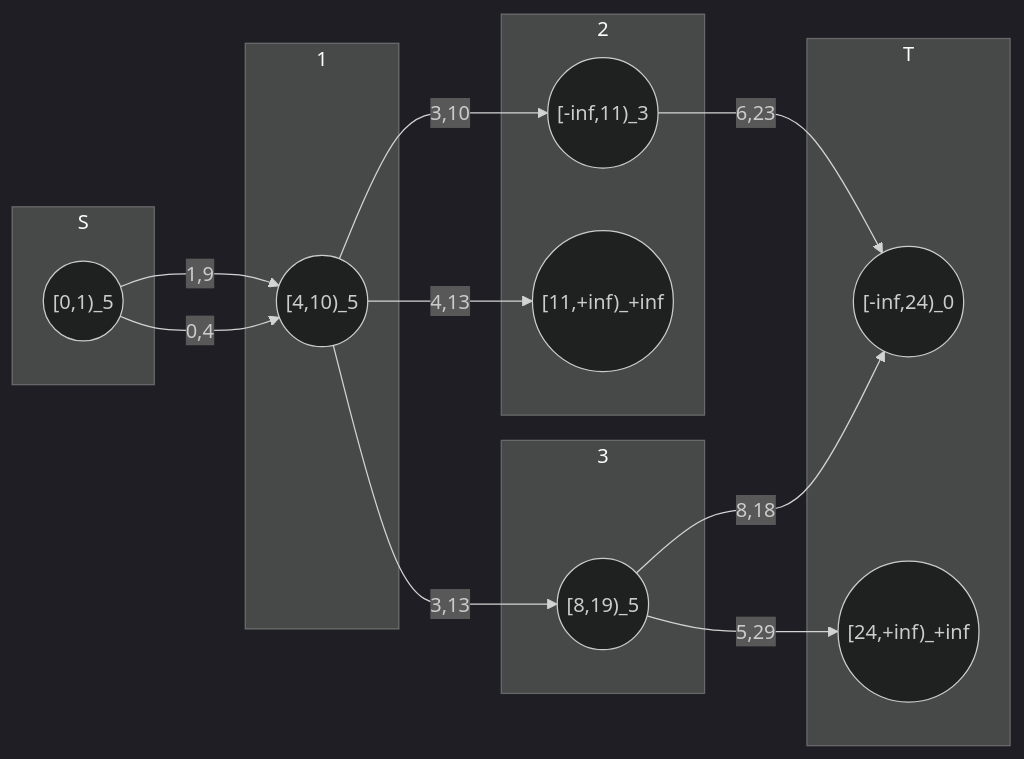
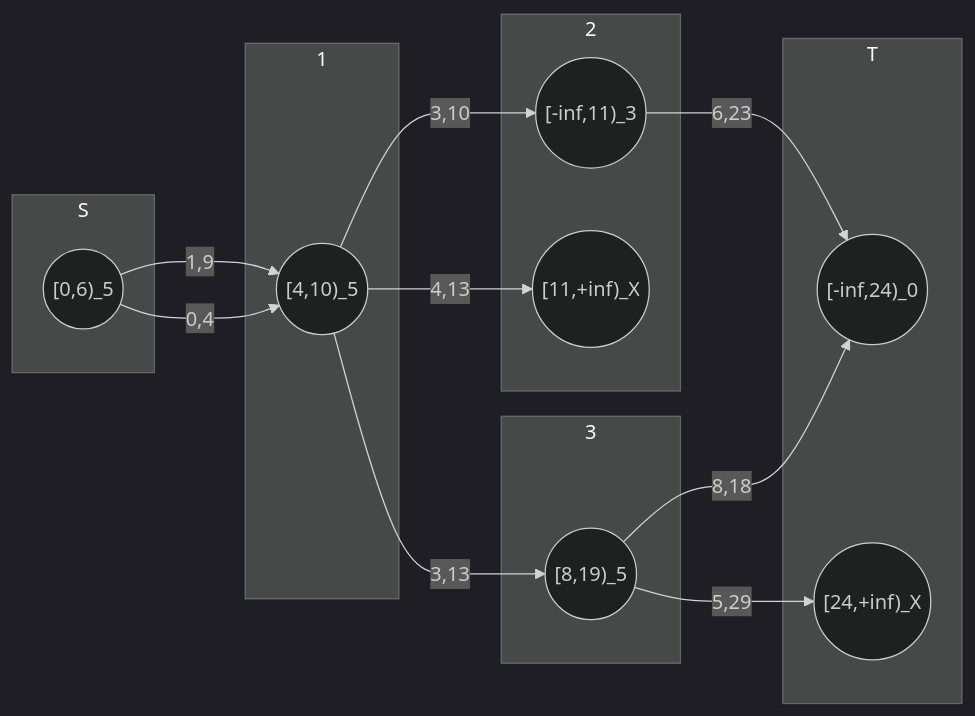
One commit to BartelNieuwenhuyse/constrained-shortest-path changed the sixth of 6 diagrams in docs/CSP/examples/Labeling-DFS.md. Above: the diagram before and after it, drawn with Mermaid (dark theme). The commit also changed other lines of this file and 4 other files, not shown here.

````diff
--- a/docs/CSP/examples/Labeling-DFS.md
+++ b/docs/CSP/examples/Labeling-DFS.md
@@ -206,31 +210,31 @@
 ```mermaid
 flowchart LR
   %% Nodes and their intervals
   subgraph S
-  S1(("[0,1)_5"))
+  S1(("[0,6)_5"))
   end
   subgraph 1
   N1_1(("[4,10)_5"))
   end
   subgraph 2
   N2_1(("[-inf,11)_3"))
-  X2(("[11,+inf)_+inf"))
+  X2(("[11,+inf)_X"))
   end
   subgraph 3
   N3_1(("[8,19)_5"))
   end
   subgraph T
   T1(("[-inf,24)_0"))
-  XT(("[24,+inf)_+inf"))
+  XT(("[24,+inf)_X"))
   end
 
   %% Label transitions
   S1 -->|1,9| N1_1
   N1_1 -->|3,10| N2_1
   N2_1 -->|6,23| T1
   N1_1 -->|4,13| X2
   N1_1 -->|3,13| N3_1
   N3_1 -->|5,29| XT
   N3_1 -->|8,18| T1
   S1 --> |0,4| N1_1
 ```
````
